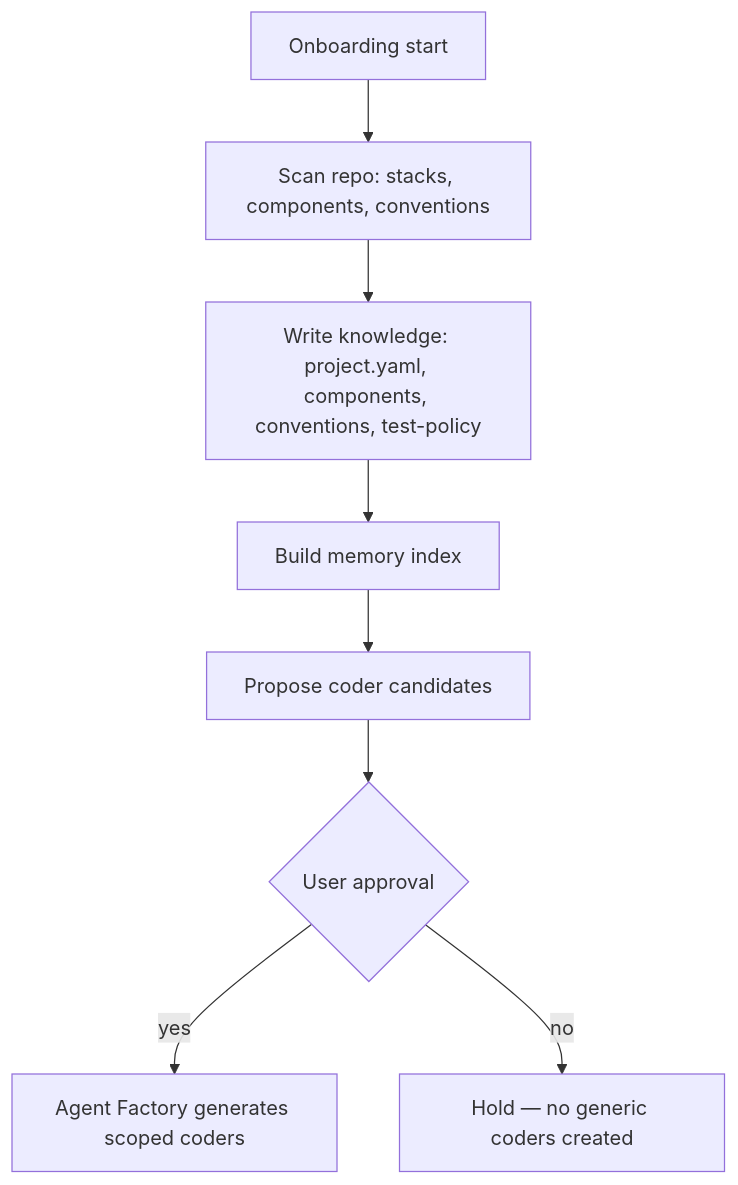
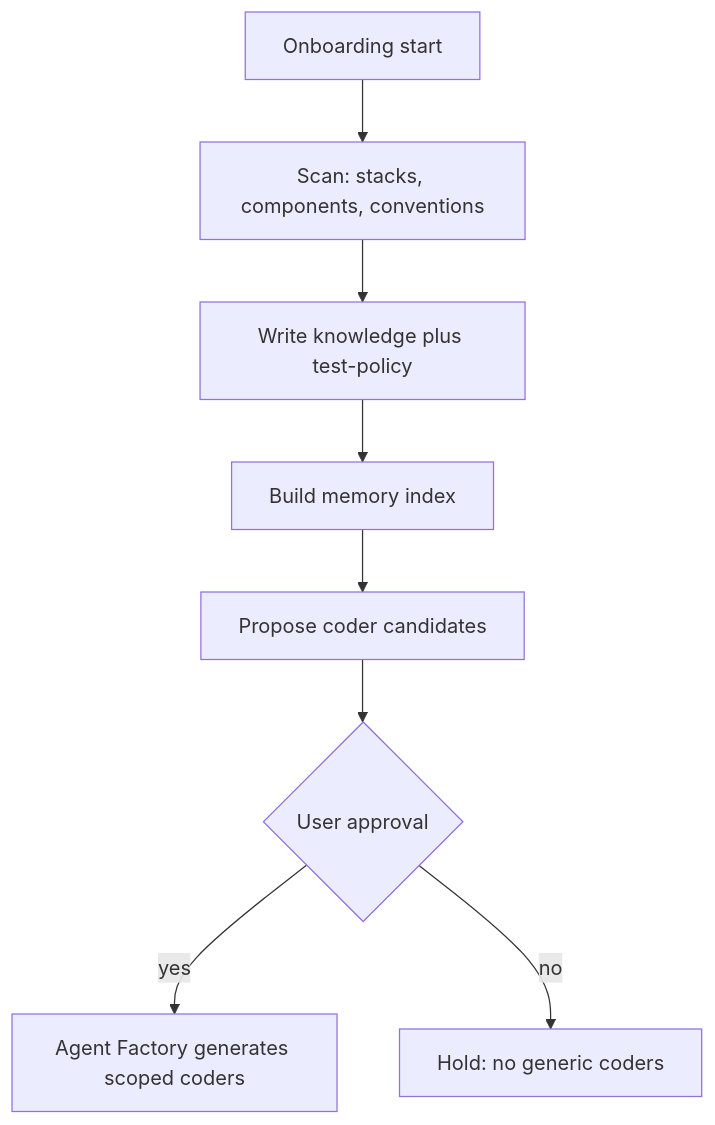
One commit to ryan-nguyen-01/agent-workspace changed the sixth of 10 diagrams in .maestro/engine/docs/visual-flow.md. Above: the diagram before and after it, drawn with Mermaid. The commit also changed other lines of this file and 8 other files, not shown here.

First line of the commit message:
fix(diagrams): mermaid-safe syntax + single source; docs link to visual-flow

````diff
--- a/.maestro/engine/docs/visual-flow.md
+++ b/.maestro/engine/docs/visual-flow.md
@@ -105,10 +110,10 @@
 ```mermaid
 flowchart TD
-  ST["Onboarding start"] --> SC["Scan repo: stacks, components, conventions"]
-  SC --> KB["Write knowledge: project.yaml, components, conventions, test-policy"]
+  ST["Onboarding start"] --> SC["Scan: stacks, components, conventions"]
+  SC --> KB["Write knowledge plus test-policy"]
   KB --> IDX["Build memory index"]
   IDX --> CAND["Propose coder candidates"]
   CAND --> AP{"User approval"}
   AP -->|yes| GEN["Agent Factory generates scoped coders"]
-  AP -->|no| HOLD["Hold — no generic coders created"]
+  AP -->|no| HOLD["Hold: no generic coders"]
 ```
````
